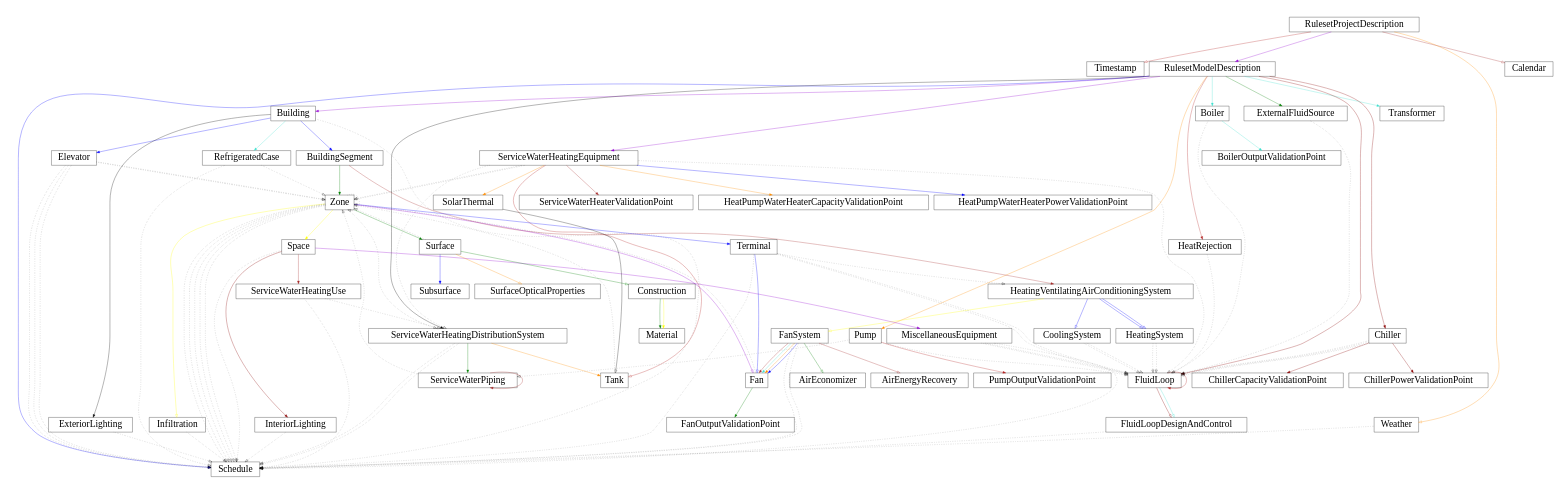
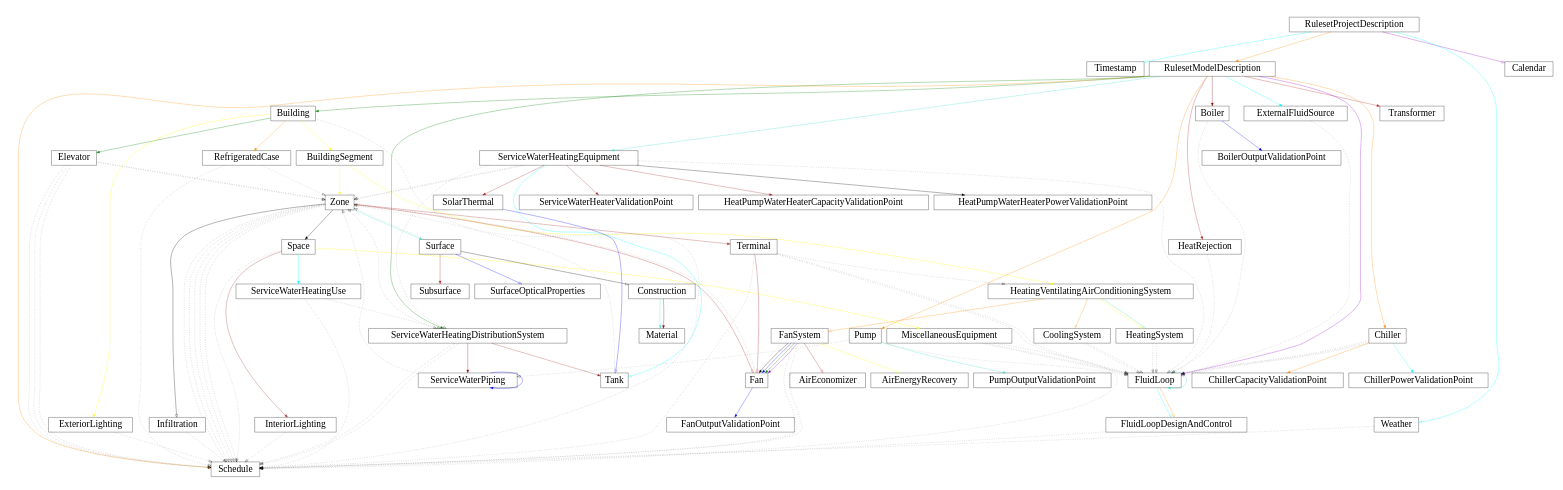
One commit to open229/ruleset-model-report-schema changed the diagram in docs229/ASHRAE229_connect.gv. Above: the diagram before and after it, drawn with Graphviz. The commit also changed 28 other files, not shown here.

```diff
--- a/docs229/ASHRAE229_connect.gv
+++ b/docs229/ASHRAE229_connect.gv
@@ -1,171 +1,171 @@
 digraph G {
     size="10, 10";
     ranksep="1.4";
-  RulesetProjectDescription -> Timestamp [arrowhead=empty color="firebrick"]
+  RulesetProjectDescription -> Timestamp [arrowhead=empty color="cyan"]
   RulesetProjectDescription[fontsize="32" shape="box" height="0.7"]
   Timestamp[fontsize="32" shape="box" height="0.7"]
-  RulesetProjectDescription -> RulesetModelDescription [color="darkviolet"]
+  RulesetProjectDescription -> RulesetModelDescription [color="darkorange"]
   RulesetModelDescription[fontsize="32" shape="box" height="0.7"]
-  RulesetProjectDescription -> Calendar [arrowhead=empty color="brown"]
+  RulesetProjectDescription -> Calendar [arrowhead=empty color="darkviolet"]
   Calendar[fontsize="32" shape="box" height="0.7"]
-  RulesetProjectDescription -> Weather [arrowhead=empty color="darkorange"]
+  RulesetProjectDescription -> Weather [arrowhead=empty color="cyan"]
   Weather[fontsize="32" shape="box" height="0.7"]
-  RulesetModelDescription -> Transformer [color="turquoise"]
+  RulesetModelDescription -> Transformer [color="firebrick"]
   Transformer[fontsize="32" shape="box" height="0.7"]
-  RulesetModelDescription -> Building [color="darkviolet"]
+  RulesetModelDescription -> Building [color="green"]
   Building[fontsize="32" shape="box" height="0.7"]
-  RulesetModelDescription -> Schedule [color="blue"]
+  RulesetModelDescription -> Schedule [color="darkorange"]
   Schedule[fontsize="32" shape="box" height="0.7"]
-  RulesetModelDescription -> FluidLoop [color="darkred"]
+  RulesetModelDescription -> FluidLoop [color="darkviolet"]
   FluidLoop[fontsize="32" shape="box" height="0.7"]
-  RulesetModelDescription -> ServiceWaterHeatingDistributionSystem [color="black"]
+  RulesetModelDescription -> ServiceWaterHeatingDistributionSystem [color="green"]
   ServiceWaterHeatingDistributionSystem[fontsize="32" shape="box" height="0.7"]
-  RulesetModelDescription -> ServiceWaterHeatingEquipment [color="darkviolet"]
+  RulesetModelDescription -> ServiceWaterHeatingEquipment [color="turquoise"]
   ServiceWaterHeatingEquipment[fontsize="32" shape="box" height="0.7"]
   RulesetModelDescription -> Pump [color="darkorange"]
   Pump[fontsize="32" shape="box" height="0.7"]
-  RulesetModelDescription -> Boiler [color="turquoise"]
+  RulesetModelDescription -> Boiler [color="darkred"]
   Boiler[fontsize="32" shape="box" height="0.7"]
-  RulesetModelDescription -> Chiller [color="darkred"]
+  RulesetModelDescription -> Chiller [color="darkorange"]
   Chiller[fontsize="32" shape="box" height="0.7"]
   RulesetModelDescription -> HeatRejection [color="firebrick"]
   HeatRejection[fontsize="32" shape="box" height="0.7"]
-  RulesetModelDescription -> ExternalFluidSource [color="green"]
+  RulesetModelDescription -> ExternalFluidSource [color="cyan"]
   ExternalFluidSource[fontsize="32" shape="box" height="0.7"]
-  Building -> BuildingSegment [color="blue"]
+  Building -> BuildingSegment [color="yellow"]
   BuildingSegment[fontsize="32" shape="box" height="0.7"]
-  Building -> Elevator [color="blue"]
+  Building -> Elevator [color="green"]
   Elevator[fontsize="32" shape="box" height="0.7"]
-  Building -> ExteriorLighting [color="black"]
+  Building -> ExteriorLighting [color="yellow"]
   ExteriorLighting[fontsize="32" shape="box" height="0.7"]
-  Building -> RefrigeratedCase [color="turquoise"]
+  Building -> RefrigeratedCase [color="darkorange"]
   RefrigeratedCase[fontsize="32" shape="box" height="0.7"]
   Building -> Schedule [style=dotted arrowhead=empty] 
-  BuildingSegment -> Zone [color="green"]
+  BuildingSegment -> Zone [color="yellow"]
   Zone[fontsize="32" shape="box" height="0.7"]
-  BuildingSegment -> HeatingVentilatingAirConditioningSystem [color="brown"]
+  BuildingSegment -> HeatingVentilatingAirConditioningSystem [color="yellow"]
   HeatingVentilatingAirConditioningSystem[fontsize="32" shape="box" height="0.7"]
-  Zone -> Space [color="yellow"]
+  Zone -> Space [color="black"]
   Space[fontsize="32" shape="box" height="0.7"]
-  Zone -> Surface [color="green"]
+  Zone -> Surface [color="turquoise"]
   Surface[fontsize="32" shape="box" height="0.7"]
-  Zone -> Infiltration [arrowhead=empty color="yellow"]
+  Zone -> Infiltration [arrowhead=empty color="black"]
   Infiltration[fontsize="32" shape="box" height="0.7"]
   Zone -> Schedule [style=dotted arrowhead=empty] 
   Zone -> Schedule [style=dotted arrowhead=empty] 
   Zone -> Schedule [style=dotted arrowhead=empty] 
   Zone -> Schedule [style=dotted arrowhead=empty] 
-  Zone -> Terminal [color="blue"]
+  Zone -> Terminal [color="brown"]
   Terminal[fontsize="32" shape="box" height="0.7"]
   Zone -> ServiceWaterHeatingDistributionSystem [style=dotted arrowhead=empty] 
   Zone -> Zone [style=dotted arrowhead=empty] 
-  Zone -> Fan [arrowhead=empty color="darkviolet"]
+  Zone -> Fan [arrowhead=empty color="firebrick"]
   Fan[fontsize="32" shape="box" height="0.7"]
   Zone -> Schedule [style=dotted arrowhead=empty] 
-  Space -> InteriorLighting [color="darkred"]
+  Space -> InteriorLighting [color="brown"]
   InteriorLighting[fontsize="32" shape="box" height="0.7"]
-  Space -> MiscellaneousEquipment [color="darkviolet"]
+  Space -> MiscellaneousEquipment [color="yellow"]
   MiscellaneousEquipment[fontsize="32" shape="box" height="0.7"]
   Space -> Schedule [style=dotted arrowhead=empty] 
-  Space -> ServiceWaterHeatingUse [color="brown"]
+  Space -> ServiceWaterHeatingUse [color="cyan"]
   ServiceWaterHeatingUse[fontsize="32" shape="box" height="0.7"]
   Infiltration -> Schedule [style=dotted arrowhead=empty] 
-  Surface -> Subsurface [color="blue"]
+  Surface -> Subsurface [color="firebrick"]
   Subsurface[fontsize="32" shape="box" height="0.7"]
   Surface -> Zone [style=dotted arrowhead=empty] 
-  Surface -> Construction [arrowhead=empty color="green"]
+  Surface -> Construction [arrowhead=empty color="black"]
   Construction[fontsize="32" shape="box" height="0.7"]
-  Surface -> SurfaceOpticalProperties [arrowhead=empty color="darkorange"]
+  Surface -> SurfaceOpticalProperties [arrowhead=empty color="blue"]
   SurfaceOpticalProperties[fontsize="32" shape="box" height="0.7"]
-  Construction -> Material [color="green"]
+  Construction -> Material [color="turquoise"]
   Material[fontsize="32" shape="box" height="0.7"]
-  Construction -> Material [color="yellow"]
+  Construction -> Material [color="darkred"]
   InteriorLighting -> Schedule [style=dotted arrowhead=empty] 
   MiscellaneousEquipment -> Schedule [style=dotted arrowhead=empty] 
   MiscellaneousEquipment -> FluidLoop [style=dotted arrowhead=empty] 
   MiscellaneousEquipment -> FluidLoop [style=dotted arrowhead=empty] 
   Weather -> Schedule [style=dotted arrowhead=empty] 
   Elevator -> Zone [style=dotted arrowhead=empty] 
   Elevator -> Zone [style=dotted arrowhead=empty] 
   Elevator -> Schedule [style=dotted arrowhead=empty] 
   Elevator -> Schedule [style=dotted arrowhead=empty] 
   Elevator -> Schedule [style=dotted arrowhead=empty] 
-  HeatingVentilatingAirConditioningSystem -> FanSystem [arrowhead=empty color="yellow"]
+  HeatingVentilatingAirConditioningSystem -> FanSystem [arrowhead=empty color="darkorange"]
   FanSystem[fontsize="32" shape="box" height="0.7"]
-  HeatingVentilatingAirConditioningSystem -> HeatingSystem [arrowhead=empty color="blue"]
+  HeatingVentilatingAirConditioningSystem -> HeatingSystem [arrowhead=empty color="yellow"]
   HeatingSystem[fontsize="32" shape="box" height="0.7"]
-  HeatingVentilatingAirConditioningSystem -> CoolingSystem [arrowhead=empty color="blue"]
+  HeatingVentilatingAirConditioningSystem -> CoolingSystem [arrowhead=empty color="darkorange"]
   CoolingSystem[fontsize="32" shape="box" height="0.7"]
-  HeatingVentilatingAirConditioningSystem -> HeatingSystem [arrowhead=empty color="blue"]
+  HeatingVentilatingAirConditioningSystem -> HeatingSystem [arrowhead=empty color="turquoise"]
   HeatingSystem -> FluidLoop [style=dotted arrowhead=empty] 
   HeatingSystem -> FluidLoop [style=dotted arrowhead=empty] 
   CoolingSystem -> FluidLoop [style=dotted arrowhead=empty] 
   CoolingSystem -> FluidLoop [style=dotted arrowhead=empty] 
-  FanSystem -> Fan [color="brown"]
-  FanSystem -> Fan [color="turquoise"]
-  FanSystem -> Fan [color="darkorange"]
+  FanSystem -> Fan [color="black"]
   FanSystem -> Fan [color="blue"]
-  FanSystem -> AirEconomizer [arrowhead=empty color="green"]
+  FanSystem -> Fan [color="green"]
+  FanSystem -> Fan [color="darkviolet"]
+  FanSystem -> AirEconomizer [arrowhead=empty color="firebrick"]
   AirEconomizer[fontsize="32" shape="box" height="0.7"]
-  FanSystem -> AirEnergyRecovery [arrowhead=empty color="brown"]
+  FanSystem -> AirEnergyRecovery [arrowhead=empty color="yellow"]
   AirEnergyRecovery[fontsize="32" shape="box" height="0.7"]
   FanSystem -> Schedule [style=dotted arrowhead=empty] 
   FanSystem -> Schedule [style=dotted arrowhead=empty] 
   Fan -> Zone [style=dotted arrowhead=empty] 
-  Fan -> FanOutputValidationPoint [color="green"]
+  Fan -> FanOutputValidationPoint [color="blue"]
   FanOutputValidationPoint[fontsize="32" shape="box" height="0.7"]
   Terminal -> HeatingVentilatingAirConditioningSystem [style=dotted arrowhead=empty] 
   Terminal -> FluidLoop [style=dotted arrowhead=empty] 
   Terminal -> FluidLoop [style=dotted arrowhead=empty] 
-  Terminal -> Fan [arrowhead=empty color="blue"]
+  Terminal -> Fan [arrowhead=empty color="firebrick"]
   Terminal -> Schedule [style=dotted arrowhead=empty] 
-  FluidLoop -> FluidLoop [color="firebrick"]
-  FluidLoop -> FluidLoopDesignAndControl [arrowhead=empty color="darkred"]
+  FluidLoop -> FluidLoop [color="turquoise"]
+  FluidLoop -> FluidLoopDesignAndControl [arrowhead=empty color="cyan"]
   FluidLoopDesignAndControl[fontsize="32" shape="box" height="0.7"]
-  FluidLoop -> FluidLoopDesignAndControl [arrowhead=empty color="turquoise"]
+  FluidLoop -> FluidLoopDesignAndControl [arrowhead=empty color="darkorange"]
   FluidLoopDesignAndControl -> Schedule [style=dotted arrowhead=empty] 
   Pump -> FluidLoop [style=dotted arrowhead=empty] 
   Pump -> ServiceWaterPiping [style=dotted arrowhead=empty] 
   ServiceWaterPiping[fontsize="32" shape="box" height="0.7"]
-  Pump -> PumpOutputValidationPoint [color="firebrick"]
+  Pump -> PumpOutputValidationPoint [color="turquoise"]
   PumpOutputValidationPoint[fontsize="32" shape="box" height="0.7"]
   Boiler -> FluidLoop [style=dotted arrowhead=empty] 
-  Boiler -> BoilerOutputValidationPoint [color="turquoise"]
+  Boiler -> BoilerOutputValidationPoint [color="blue"]
   BoilerOutputValidationPoint[fontsize="32" shape="box" height="0.7"]
   Chiller -> FluidLoop [style=dotted arrowhead=empty] 
   Chiller -> FluidLoop [style=dotted arrowhead=empty] 
-  Chiller -> ChillerCapacityValidationPoint [color="darkred"]
+  Chiller -> ChillerCapacityValidationPoint [color="darkorange"]
   ChillerCapacityValidationPoint[fontsize="32" shape="box" height="0.7"]
-  Chiller -> ChillerPowerValidationPoint [color="darkred"]
+  Chiller -> ChillerPowerValidationPoint [color="cyan"]
   ChillerPowerValidationPoint[fontsize="32" shape="box" height="0.7"]
   Chiller -> FluidLoop [style=dotted arrowhead=empty] 
   HeatRejection -> FluidLoop [style=dotted arrowhead=empty] 
   ExternalFluidSource -> FluidLoop [style=dotted arrowhead=empty] 
-  ServiceWaterHeatingDistributionSystem -> Tank [color="darkorange"]
+  ServiceWaterHeatingDistributionSystem -> Tank [color="brown"]
   Tank[fontsize="32" shape="box" height="0.7"]
-  ServiceWaterHeatingDistributionSystem -> ServiceWaterPiping [color="green"]
+  ServiceWaterHeatingDistributionSystem -> ServiceWaterPiping [color="darkred"]
   ServiceWaterHeatingDistributionSystem -> Schedule [style=dotted arrowhead=empty] 
   ServiceWaterHeatingDistributionSystem -> Schedule [style=dotted arrowhead=empty] 
   ServiceWaterPiping -> Zone [style=dotted arrowhead=empty] 
-  ServiceWaterPiping -> ServiceWaterPiping [color="brown"]
-  SolarThermal -> Tank [arrowhead=empty color="black"]
+  ServiceWaterPiping -> ServiceWaterPiping [color="blue"]
+  SolarThermal -> Tank [arrowhead=empty color="blue"]
   SolarThermal[fontsize="32" shape="box" height="0.7"]
   ServiceWaterHeatingEquipment -> ServiceWaterHeatingDistributionSystem [style=dotted arrowhead=empty] 
   ServiceWaterHeatingEquipment -> ServiceWaterHeaterValidationPoint [color="brown"]
   ServiceWaterHeaterValidationPoint[fontsize="32" shape="box" height="0.7"]
   ServiceWaterHeatingEquipment -> Zone [style=dotted arrowhead=empty] 
   ServiceWaterHeatingEquipment -> Zone [style=dotted arrowhead=empty] 
-  ServiceWaterHeatingEquipment -> HeatPumpWaterHeaterCapacityValidationPoint [color="darkorange"]
+  ServiceWaterHeatingEquipment -> HeatPumpWaterHeaterCapacityValidationPoint [color="brown"]
   HeatPumpWaterHeaterCapacityValidationPoint[fontsize="32" shape="box" height="0.7"]
-  ServiceWaterHeatingEquipment -> HeatPumpWaterHeaterPowerValidationPoint [color="blue"]
+  ServiceWaterHeatingEquipment -> HeatPumpWaterHeaterPowerValidationPoint [color="black"]
   HeatPumpWaterHeaterPowerValidationPoint[fontsize="32" shape="box" height="0.7"]
-  ServiceWaterHeatingEquipment -> Tank [arrowhead=empty color="firebrick"]
-  ServiceWaterHeatingEquipment -> SolarThermal [color="darkorange"]
+  ServiceWaterHeatingEquipment -> Tank [arrowhead=empty color="cyan"]
+  ServiceWaterHeatingEquipment -> SolarThermal [color="firebrick"]
   ServiceWaterHeatingEquipment -> FluidLoop [style=dotted arrowhead=empty] 
   Tank -> Zone [style=dotted arrowhead=empty] 
   ServiceWaterHeatingUse -> ServiceWaterHeatingDistributionSystem [style=dotted arrowhead=empty] 
   ServiceWaterHeatingUse -> Schedule [style=dotted arrowhead=empty] 
   ExteriorLighting -> Schedule [style=dotted arrowhead=empty] 
   RefrigeratedCase -> Schedule [style=dotted arrowhead=empty] 
   RefrigeratedCase -> Zone [style=dotted arrowhead=empty] 
 }
```
